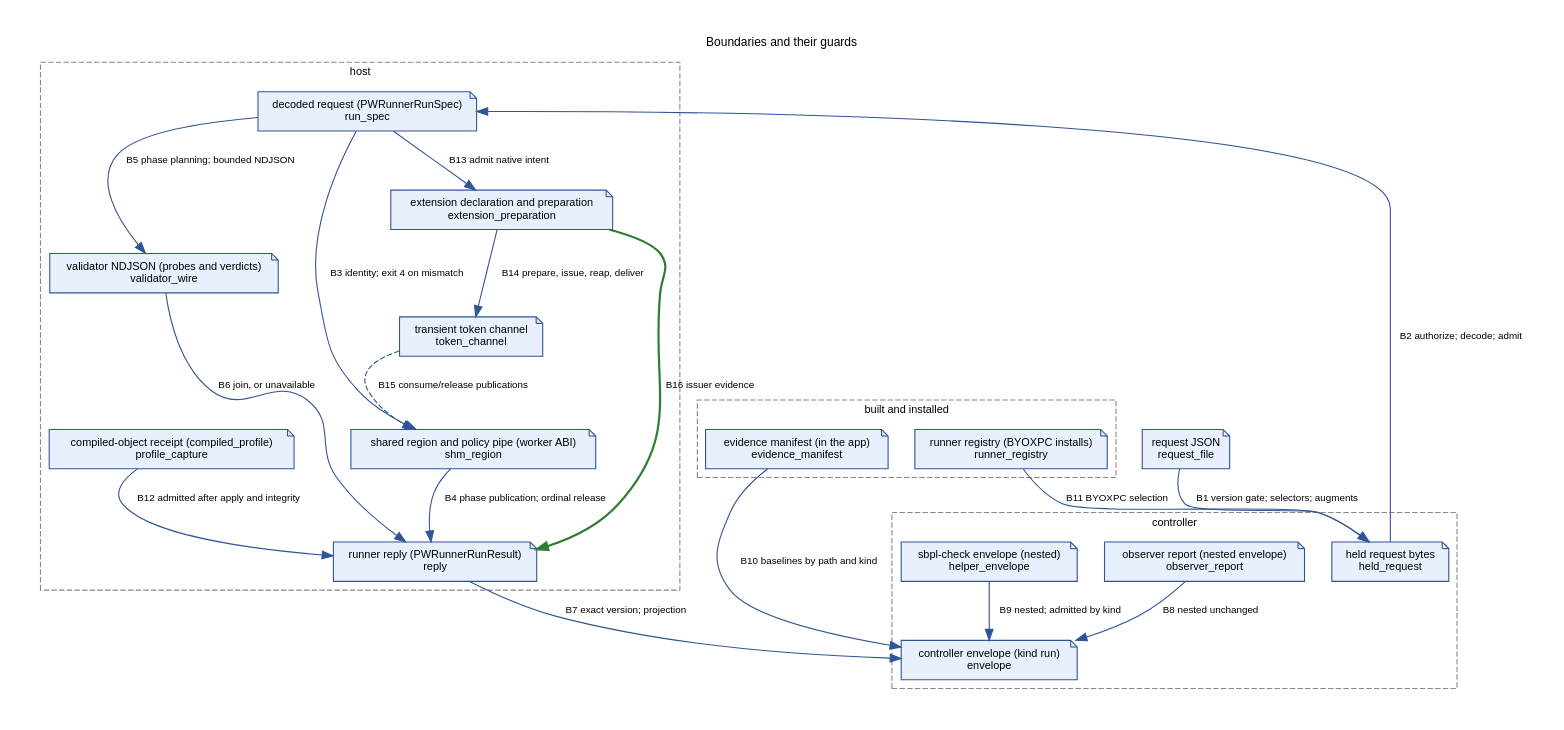
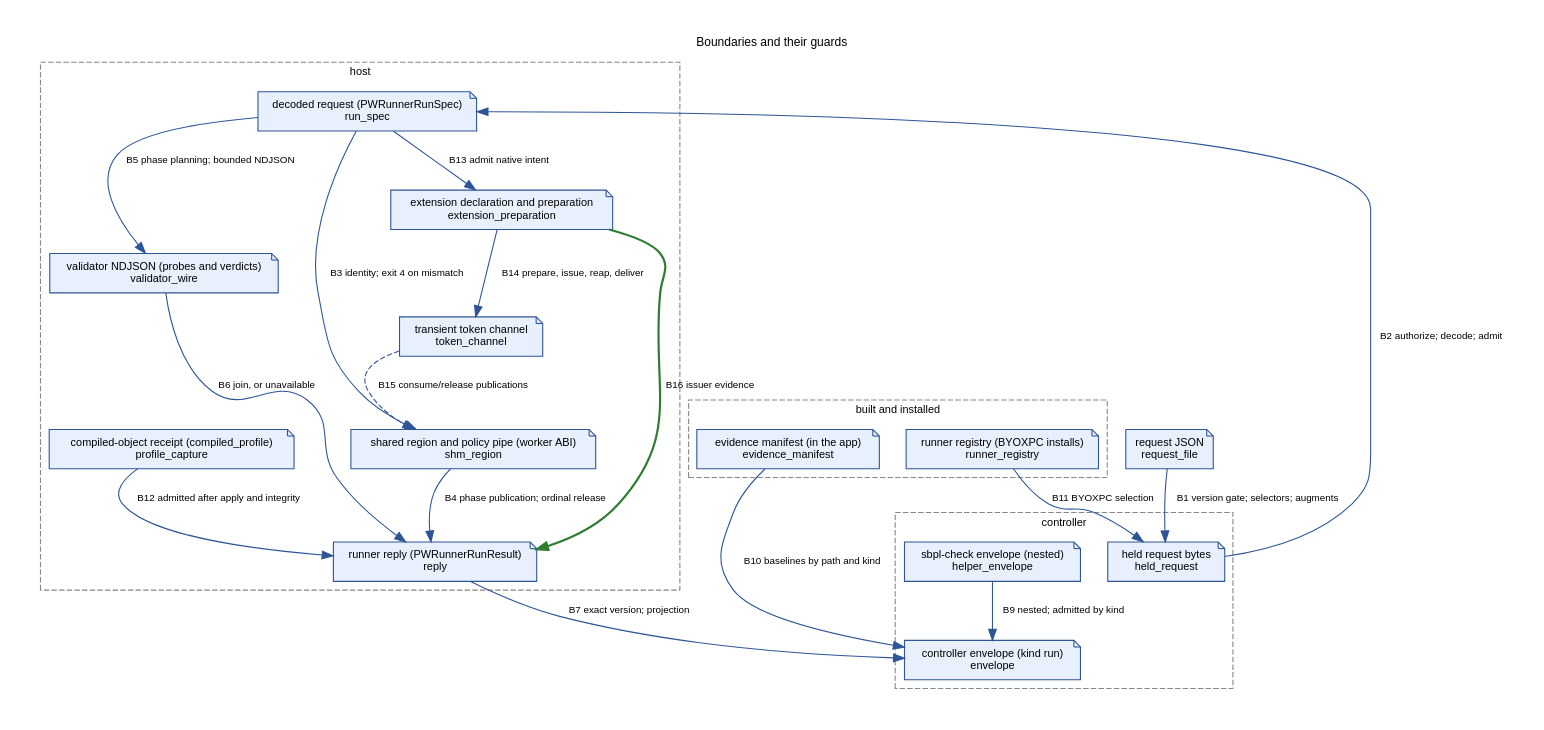
One commit to Protonk/PolicyWitness changed the diagram in docs/architecture-boundaries.dot. Above: the diagram before and after it, drawn with Graphviz. The commit also changed 175 other files, not shown here.

First line of the commit message:
Retire the unified-log observer

```diff
--- a/docs/architecture-boundaries.dot
+++ b/docs/architecture-boundaries.dot
@@ -1,57 +1,54 @@
 digraph boundaries {
     graph [rankdir=TB, bgcolor="white", fontname="Helvetica", fontsize=11, label="Boundaries and their guards", labelloc=t, pad=0.3, nodesep=0.35, ranksep=0.6];
     node [fontname="Helvetica", fontsize=10];
     edge [fontname="Helvetica", fontsize=9];
     subgraph cluster_controller_side {
         label="controller"; style=dashed; color="#888888"; fontsize=10;
         held_request;
         envelope;
-        observer_report;
         helper_envelope;
     }
     subgraph cluster_host_side {
         label="host"; style=dashed; color="#888888"; fontsize=10;
         run_spec;
         shm_region;
         validator_wire;
         reply;
         profile_capture;
         extension_preparation;
         token_channel;
     }
     subgraph cluster_installed {
         label="built and installed"; style=dashed; color="#888888"; fontsize=10;
         evidence_manifest;
         runner_registry;
     }
     request_file [shape="note", style="filled", fillcolor="#e8f0fe", color="#2f5597", label="request JSON\nrequest_file", URL="ARCHITECTURE.md#boundaries-and-their-guards-nodes", tooltip="request_file: request JSON | the caller; a JSON file naming the request schema "];
     held_request [shape="note", style="filled", fillcolor="#e8f0fe", color="#2f5597", label="held request bytes\nheld_request", URL="ARCHITECTURE.md#boundaries-and-their-guards-nodes", tooltip="held_request: held request bytes | the controller; one serialization; selectors stripped, augments spliced "];
     run_spec [shape="note", style="filled", fillcolor="#e8f0fe", color="#2f5597", label="decoded request (PWRunnerRunSpec)\nrun_spec", URL="ARCHITECTURE.md#boundaries-and-their-guards-nodes", tooltip="run_spec: decoded request (PWRunnerRunSpec) | the host; Codable with closed keys "];
     shm_region [shape="note", style="filled", fillcolor="#e8f0fe", color="#2f5597", label="shared region and policy pipe (worker ABI)\nshm_region", URL="ARCHITECTURE.md#boundaries-and-their-guards-nodes", tooltip="shm_region: shared region and policy pipe (worker ABI) | host writes inputs, worker writes outputs; fixed layout; magic at byte 0, source identity at byte 64 "];
     validator_wire [shape="note", style="filled", fillcolor="#e8f0fe", color="#2f5597", label="validator NDJSON (probes and verdicts)\nvalidator_wire", URL="ARCHITECTURE.md#boundaries-and-their-guards-nodes", tooltip="validator_wire: validator NDJSON (probes and verdicts) | host and validator, co-shipped in one bundle; bounded NDJSON; exact kind sb_api_validator_verdict and schema_version 1 "];
     reply [shape="note", style="filled", fillcolor="#e8f0fe", color="#2f5597", label="runner reply (PWRunnerRunResult)\nreply", URL="ARCHITECTURE.md#boundaries-and-their-guards-nodes", tooltip="reply: runner reply (PWRunnerRunResult) | the host; response schema; shape golden "];
     profile_capture [shape="note", style="filled", fillcolor="#e8f0fe", color="#2f5597", label="compiled-object receipt (compiled_profile)\nprofile_capture", URL="ARCHITECTURE.md#boundaries-and-their-guards-nodes", tooltip="profile_capture: compiled-object receipt (compiled_profile) | the worker, before apply; admitted by the host; opt-in copy of the compiled object with a nonce; CompiledProfileCapture names the worker producer and before_apply stage under its own schema_version "];
     envelope [shape="note", style="filled", fillcolor="#e8f0fe", color="#2f5597", label="controller envelope (kind run)\nenvelope", URL="ARCHITECTURE.md#boundaries-and-their-guards-nodes", tooltip="envelope: controller envelope (kind run) | the controller; envelope frame; shape golden "];
-    observer_report [shape="note", style="filled", fillcolor="#e8f0fe", color="#2f5597", label="observer report (nested envelope)\nobserver_report", URL="ARCHITECTURE.md#boundaries-and-their-guards-nodes", tooltip="observer_report: observer report (nested envelope) | the observer; envelope frame; its own observer_schema_version (OBSERVER_SCHEMA_VERSION) inside "];
     helper_envelope [shape="note", style="filled", fillcolor="#e8f0fe", color="#2f5597", label="sbpl-check envelope (nested)\nhelper_envelope", URL="ARCHITECTURE.md#boundaries-and-their-guards-nodes", tooltip="helper_envelope: sbpl-check envelope (nested) | sbpl-check; envelope frame; kind sbpl_check "];
     evidence_manifest [shape="note", style="filled", fillcolor="#e8f0fe", color="#2f5597", label="evidence manifest (in the app)\nevidence_manifest", URL="ARCHITECTURE.md#boundaries-and-their-guards-nodes", tooltip="evidence_manifest: evidence manifest (in the app) | the build; hashes and entitlements of every shipped binary; its own schema_version (EVIDENCE_SCHEMA_VERSION) "];
     runner_registry [shape="note", style="filled", fillcolor="#e8f0fe", color="#2f5597", label="runner registry (BYOXPC installs)\nrunner_registry", URL="ARCHITECTURE.md#boundaries-and-their-guards-nodes", tooltip="runner_registry: runner registry (BYOXPC installs) | the runner commands; additive-field loader; retired kind aliases kept for recovery; its own schema_version (RUNNER_REGISTRY_SCHEMA_VERSION) "];
     extension_preparation [shape="note", style="filled", fillcolor="#e8f0fe", color="#2f5597", label="extension declaration and preparation\nextension_preparation", URL="ARCHITECTURE.md#boundaries-and-their-guards-nodes", tooltip="extension_preparation: extension declaration and preparation | host; submitted references and paths remain distinct from observations; bounded references, realpath result and metadata before issuer launch "];
     token_channel [shape="note", style="filled", fillcolor="#e8f0fe", color="#2f5597", label="transient token channel\ntoken_channel", URL="ARCHITECTURE.md#boundaries-and-their-guards-nodes", tooltip="token_channel: transient token channel | host owns mapping; issuer writes token/publication; worker consumes and erases; separate bounded shared mapping; inherited descriptors closed after mapping; never retained JSON "];
     request_file -> held_request [style="solid", color="#2f5597", label="B1 version gate; selectors; augments", URL="ARCHITECTURE.md#boundaries-and-their-guards-edges", tooltip="B1: request version gate; selector parse; augment resolution |  "];
     held_request -> run_spec [style="solid", color="#2f5597", label="B2 authorize; decode; admit", URL="ARCHITECTURE.md#boundaries-and-their-guards-edges", tooltip="B2: caller authorization; closed-key decode; capacity, then meaning; policy hash |  "];
     run_spec -> shm_region [style="solid", color="#2f5597", label="B3 identity; exit 4 on mismatch", URL="ARCHITECTURE.md#boundaries-and-their-guards-edges", tooltip="B3: host writes identity, counts, phase partitions, the expected policy length and slots; worker refuses mismatched identity, invalid partition, an expectation the source buffer cannot hold, or an unusable timebase or allowance before any policy byte |  "];
     shm_region -> reply [style="solid", color="#2f5597", label="B4 phase publication; ordinal release", URL="ARCHITECTURE.md#boundaries-and-their-guards-edges", tooltip="B4: per-phase release/acquire publication; exact ordinal before actions after a validated continuous-time decision; disposition from raw facts; collection status agrees with validator observations; native result publication and fresh-read consistency before claims |  Terminal publication erases accepted token storage, releases done and exits. The host retains its mapping and reconciles acknowledgement after confirmed reap only while ownership through acknowledgement remains established, including abnormal exit without done. Poll stop, deadline and disposition remain independent."];
     run_spec -> validator_wire [style="solid", color="#2f5597", label="B5 phase planning; bounded NDJSON", URL="ARCHITECTURE.md#boundaries-and-their-guards-edges", tooltip="B5: fresh phase planning; bounded strict NDJSON decode; unique step association within the phase |  "];
     validator_wire -> reply [style="solid", color="#2f5597", label="B6 join, or unavailable", URL="ARCHITECTURE.md#boundaries-and-their-guards-edges", tooltip="B6: verdict joined only to its phase and step, or explicit unavailable prediction |  "];
     reply -> envelope [style="solid", color="#2f5597", label="B7 exact version; projection", URL="ARCHITECTURE.md#boundaries-and-their-guards-edges", tooltip="B7: exact response version; disposition validated and projected; reply retained unread when refused |  "];
-    observer_report -> envelope [style="solid", color="#2f5597", label="B8 nested unchanged", URL="ARCHITECTURE.md#boundaries-and-their-guards-edges", tooltip="B8: nested unchanged; log evidence never changes execution evidence |  The receiver admits the exact kind, outer envelope version and inner report version before interpretation. Rejected JSON remains opaque; independent transport and execution evidence survive."];
     helper_envelope -> envelope [style="solid", color="#2f5597", label="B9 nested; admitted by kind", URL="ARCHITECTURE.md#boundaries-and-their-guards-edges", tooltip="B9: nested unchanged; admitted by kind and frame version |  "];
     evidence_manifest -> envelope [style="solid", color="#2f5597", label="B10 baselines by path and kind", URL="ARCHITECTURE.md#boundaries-and-their-guards-edges", tooltip="B10: dossier compares selected binaries with manifest baselines; lookup by exact path and kind |  "];
     runner_registry -> held_request [style="solid", color="#2f5597", label="B11 BYOXPC selection", URL="ARCHITECTURE.md#boundaries-and-their-guards-edges", tooltip="B11: selection resolves a BYOXPC target; selector fields stripped before XPC |  "];
     profile_capture -> reply [style="solid", color="#2f5597", label="B12 admitted after apply and integrity", URL="ARCHITECTURE.md#boundaries-and-their-guards-edges", tooltip="B12: admitted only after successful application, worker completion, PID, nonce, input identity and payload integrity checks |  "];
     run_spec -> extension_preparation [style="solid", color="#2f5597", label="B13 admit native intent", URL="ARCHITECTURE.md#boundaries-and-their-guards-edges", tooltip="B13: explicit phases, declaration/action caps, reference order and exec exclusion before preparation |  Declaration count 1 item; consume count 1 item; release count 1 item; references 63 UTF-8 bytes; target 1,023 UTF-8 bytes."];
     extension_preparation -> token_channel [style="solid", color="#2f5597", label="B14 prepare, issue, reap, deliver", URL="ARCHITECTURE.md#boundaries-and-their-guards-edges", tooltip="B14: resolved target and metadata before native issuance; clean issuer reap and bounded publication before worker delivery |  "];
     token_channel -> shm_region [style="dashed", color="#2f5597", label="B15 consume/release publications", URL="ARCHITECTURE.md#boundaries-and-their-guards-edges", tooltip="B15: worker receives transient token separately; publishes delivery and ordered consume/release facts in evidence slots |  Accepted token storage is erased on ordinary departures and before done; erasure does not invoke native release. Fatal interruption need not reach worker cleanup. Host erasure is a separate observation."];
     extension_preparation -> reply [style="bold", color="#2e7d32", label="B16 issuer evidence", URL="ARCHITECTURE.md#boundaries-and-their-guards-edges", tooltip="B16: preparation, authority and native issuer/cleanup observations without token bytes |  "];
 }
```
